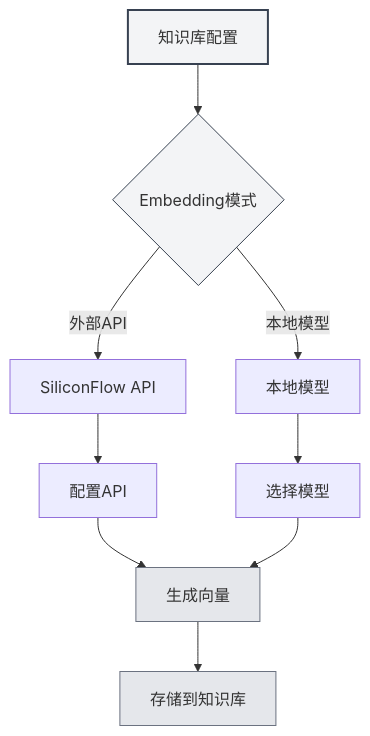
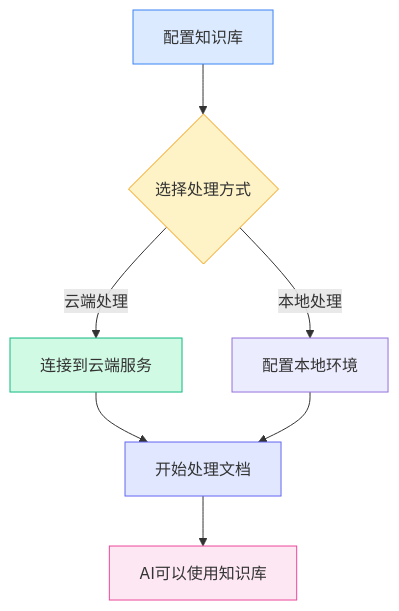
The first of 4 diagrams in meta-doc/src/renderer/src/manuals/zh_CN/knowledge-base/config.md (JaredYe04/MetaDoc), drawn with Mermaid before and after one commit. The commit also changed other lines of this file and 11 other files, not shown here.

First line of the commit message:
docs: 完善用户手册文档，添加Demo组件和图表

````diff
--- a/meta-doc/src/renderer/src/manuals/zh_CN/knowledge-base/config.md
+++ b/meta-doc/src/renderer/src/manuals/zh_CN/knowledge-base/config.md
@@ -20,15 +47,14 @@
 ```mermaid
 graph TB
-    A[知识库配置] --> B{Embedding模式}
-    B -->|外部API| C[SiliconFlow API]
-    B -->|本地模型| D[本地模型]
-    C --> E[配置API]
-    D --> F[选择模型]
-    E --> G[生成向量]
-    F --> G
-    G --> H[存储到知识库]
-    style A fill:#f3f4f6,stroke:#374151,stroke-width:2px
-    style B fill:#f3f4f6,stroke:#374151
-    style G fill:#e5e7eb,stroke:#6b7280
-    style H fill:#e5e7eb,stroke:#6b7280
+    A[配置知识库] --> B{选择处理方式}
+    B -->|云端处理| C[连接到云端服务]
+    B -->|本地处理| D[配置本地环境]
+    C --> E[开始处理文档]
+    D --> E
+    E --> F[AI可以使用知识库]
+    style A fill:#dbeafe,stroke:#3b82f6
+    style B fill:#fef3c7,stroke:#f59e0b
+    style C fill:#d1fae5,stroke:#10b981
+    style E fill:#e0e7ff,stroke:#6366f1
+    style F fill:#fce7f3,stroke:#ec4899
 ```
````
